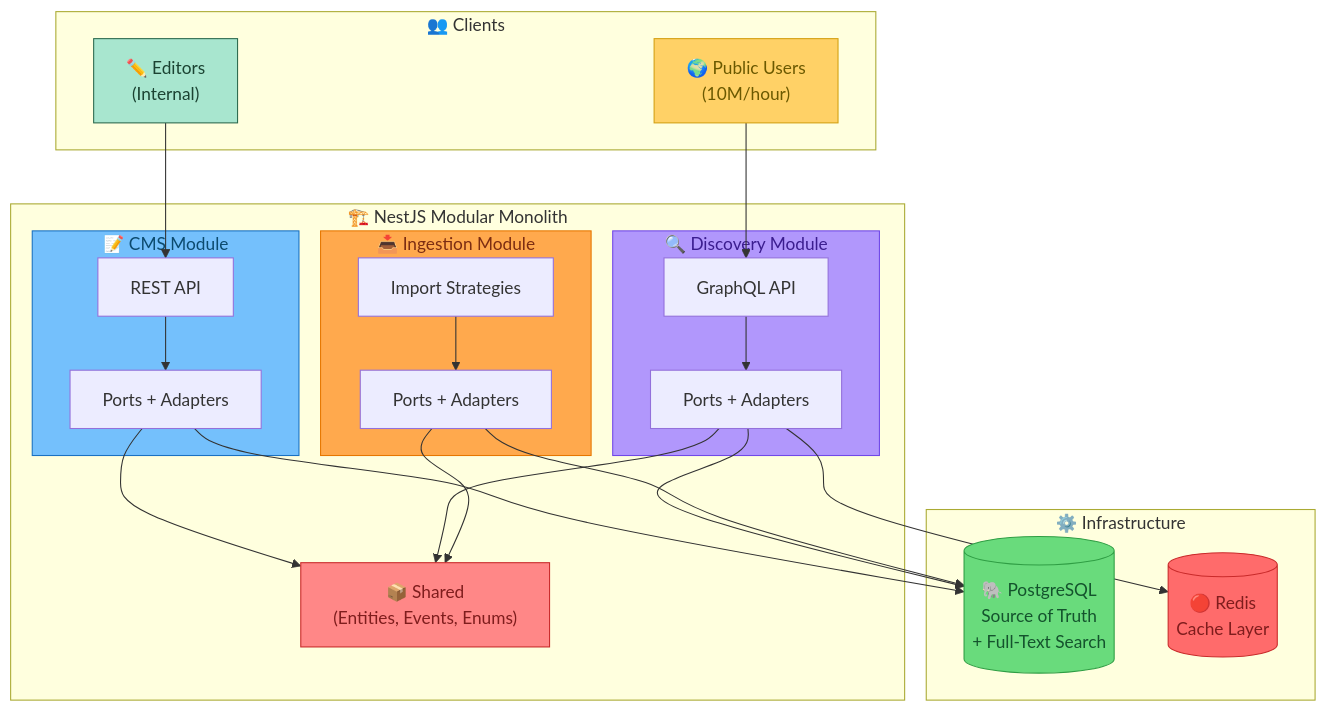
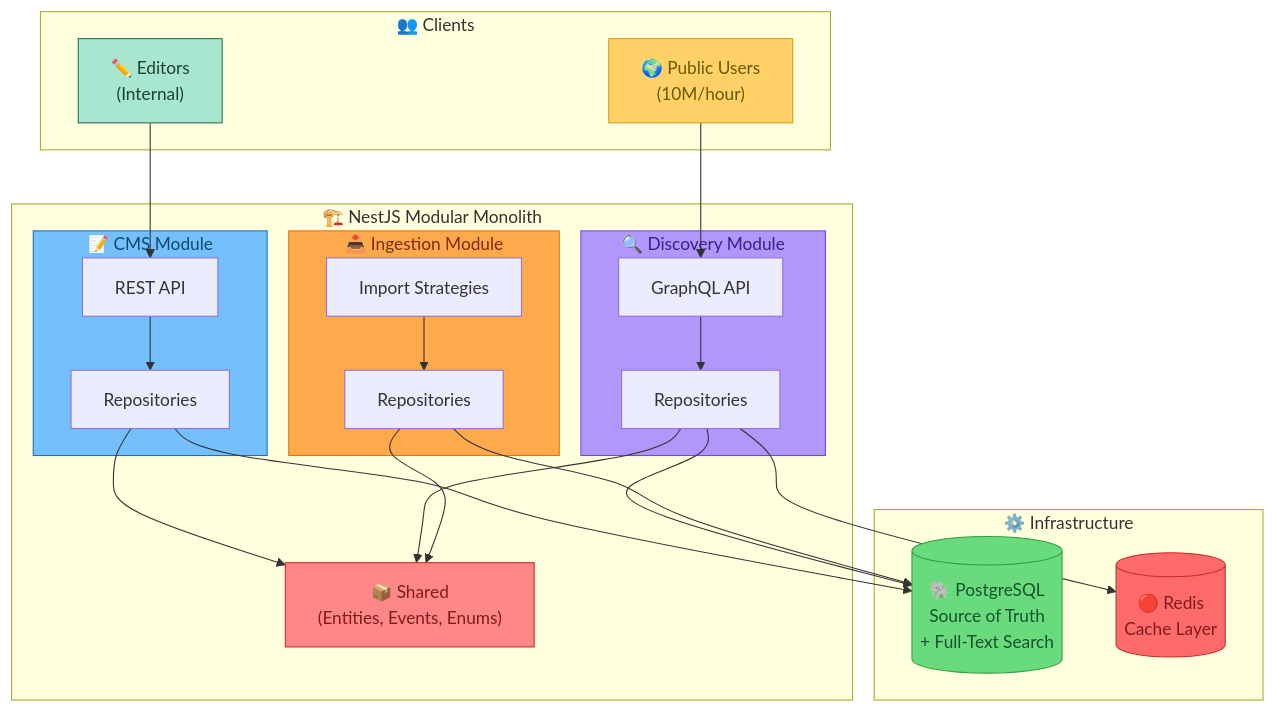
The first of 7 diagrams in docs/design.md (mmed199/thmanyah-cms), drawn with Mermaid before and after one commit. The commit also changed other lines of this file and 83 other files, not shown here.

````diff
--- a/docs/design.md
+++ b/docs/design.md
@@ -48,53 +48,53 @@
 ```mermaid
 flowchart TB
     subgraph Clients["👥 Clients"]
         Editors["✏️ Editors<br>(Internal)"]
         Users["🌍 Public Users<br>(10M/hour)"]
     end
 
     subgraph Application["🏗️ NestJS Modular Monolith"]
         subgraph CMS["📝 CMS Module"]
-            CMSPorts["Ports + Adapters"]
+            CMSRepos["Repositories"]
             CMSAPI["REST API"]
         end
         subgraph Discovery["🔍 Discovery Module"]
-            DiscPorts["Ports + Adapters"]
+            DiscRepos["Repositories"]
             DiscAPI["GraphQL API"]
         end
         subgraph Ingestion["📥 Ingestion Module"]
-            IngPorts["Ports + Adapters"]
+            IngRepos["Repositories"]
             IngStrat["Import Strategies"]
         end
         Shared["📦 Shared<br>(Entities, Events, Enums)"]
     end
 
     subgraph Infrastructure["⚙️ Infrastructure"]
         PG[("🐘 PostgreSQL<br>Source of Truth<br>+ Full-Text Search")]
         Redis[("🔴 Redis<br>Cache Layer")]
     end
 
     Editors --> CMSAPI
     Users --> DiscAPI
 
-    CMSAPI --> CMSPorts
-    CMSPorts --> Shared
-    CMSPorts --> PG
+    CMSAPI --> CMSRepos
+    CMSRepos --> Shared
+    CMSRepos --> PG
 
-    DiscAPI --> DiscPorts
-    DiscPorts --> Shared
-    DiscPorts --> PG
-    DiscPorts --> Redis
+    DiscAPI --> DiscRepos
+    DiscRepos --> Shared
+    DiscRepos --> PG
+    DiscRepos --> Redis
 
-    IngStrat --> IngPorts
-    IngPorts --> Shared
-    IngPorts --> PG
+    IngStrat --> IngRepos
+    IngRepos --> Shared
+    IngRepos --> PG
 
     style Editors fill:#a8e6cf,stroke:#2d6a4f,color:#1b4332
     style Users fill:#ffd166,stroke:#d4a012,color:#6b5900
     style CMS fill:#74c0fc,stroke:#1971c2,color:#0c4a6e
     style Discovery fill:#b197fc,stroke:#7048e8,color:#3b1d8f
     style Shared fill:#ff8787,stroke:#c92a2a,color:#7f1d1d
     style Ingestion fill:#ffa94d,stroke:#e67700,color:#7c2d12
     style PG fill:#69db7c,stroke:#2f9e44,color:#14532d
     style Redis fill:#ff6b6b,stroke:#c92a2a,color:#7f1d1d
 ```
````
